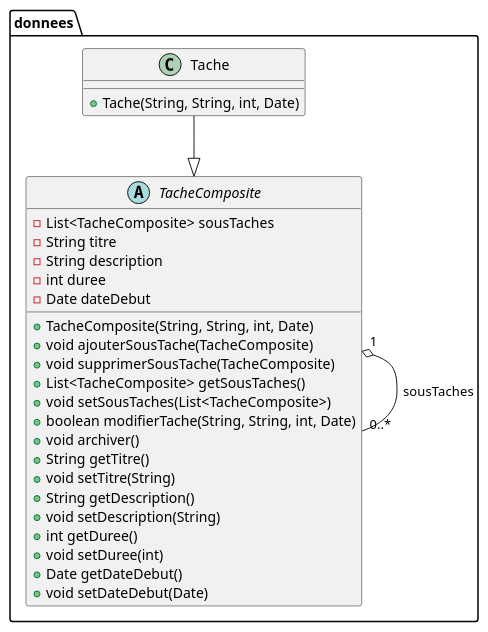
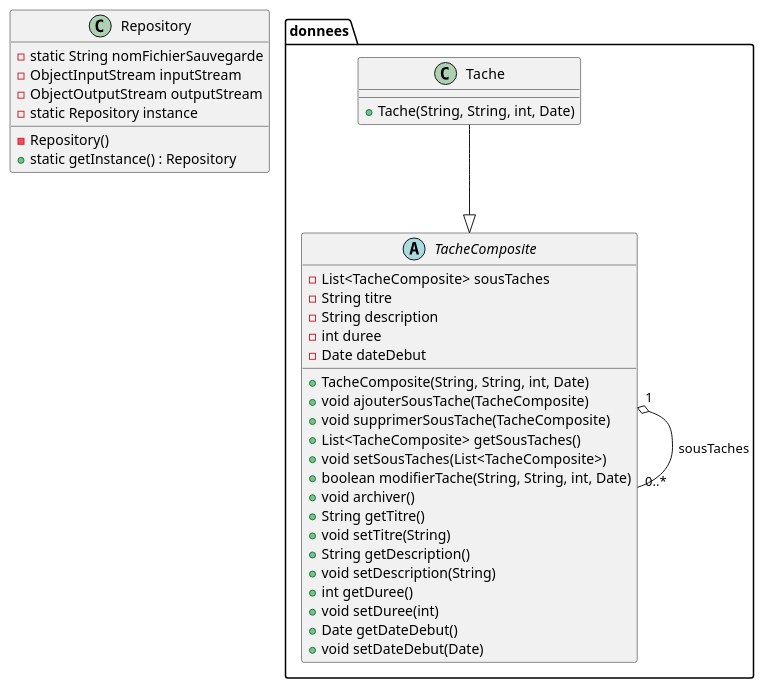
Before and after one commit to AlexanderCARNET/SAE_3_01_dev_application: the diagram in Ollert_QDEV/diagrammes/DiagrammClassTache.puml, drawn with PlantUML. The commit also changed 1 other file, not shown here.

```diff
--- a/Ollert_QDEV/diagrammes/DiagrammClassTache.puml
+++ b/Ollert_QDEV/diagrammes/DiagrammClassTache.puml
@@ -1,38 +1,48 @@
 @startuml
 
 package donnees {
 
     abstract class TacheComposite {
         - List<TacheComposite> sousTaches
         - String titre
         - String description
         - int duree
         - Date dateDebut
 
         + TacheComposite(String, String, int, Date)
         + void ajouterSousTache(TacheComposite)
         + void supprimerSousTache(TacheComposite)
         + List<TacheComposite> getSousTaches()
         + void setSousTaches(List<TacheComposite>)
         + boolean modifierTache(String, String, int, Date)
         + void archiver()
         + String getTitre()
         + void setTitre(String)
         + String getDescription()
         + void setDescription(String)
         + int getDuree()
         + void setDuree(int)
         + Date getDateDebut()
         + void setDateDebut(Date)
     }
 
     class Tache {
         + Tache(String, String, int, Date)
     }
 
     Tache --|> TacheComposite
 
     TacheComposite "1" o-- "0..*" TacheComposite : sousTaches
 }
 
+class Repository{
+    - static String nomFichierSauvegarde
+    - ObjectInputStream inputStream
+    - ObjectOutputStream outputStream
+    - static Repository instance
+    - Repository()
+    + static getInstance() : Repository
+}
+
+
 @enduml
```
